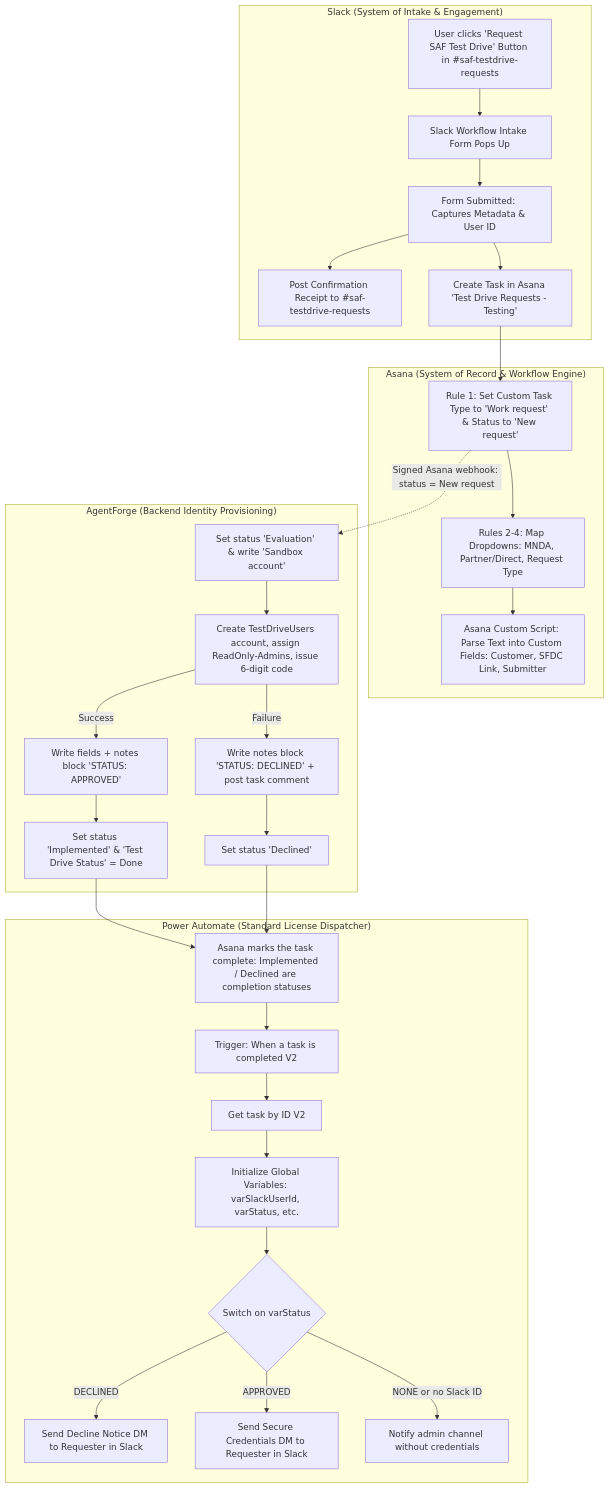
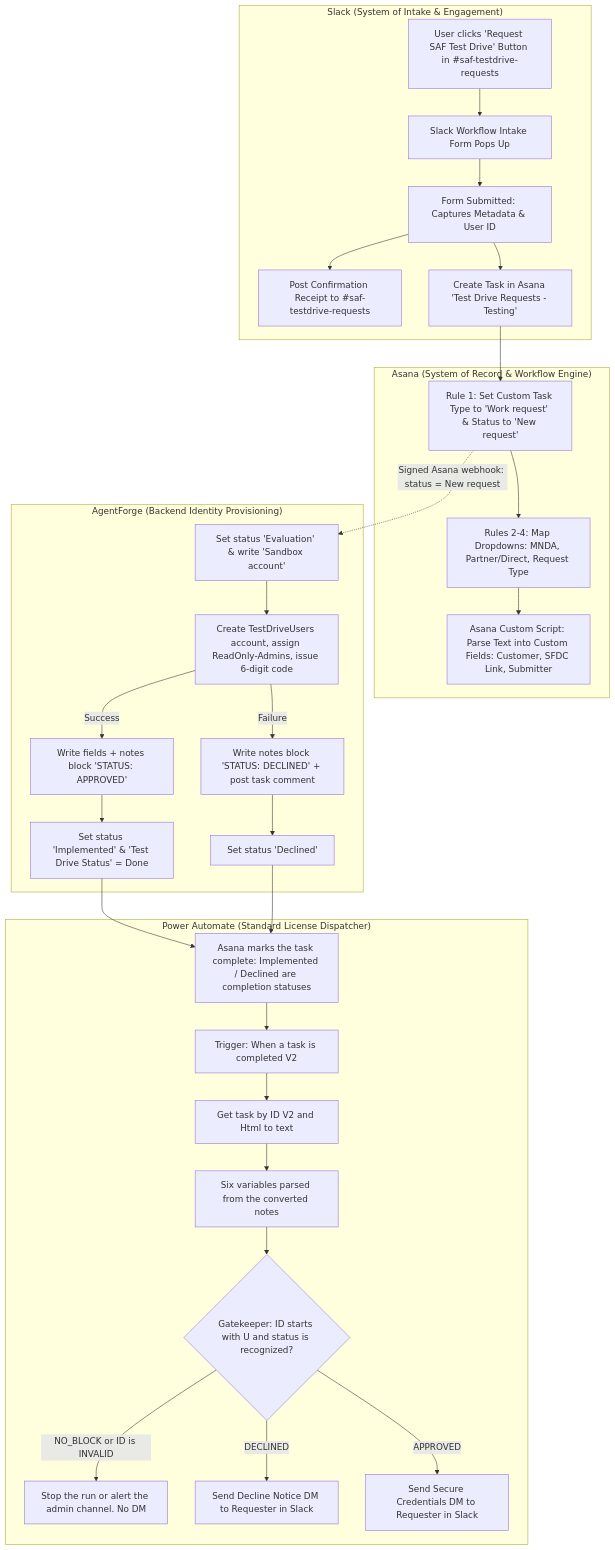
Before and after one commit to mo-malaka-sp/agent-forge: the first of 2 diagrams in SAF Test Drive Requests: Technical Architecture & System Specification.md, drawn with Mermaid. The commit also changed other lines of this file and 8 other files, not shown here.

````diff
--- a/SAF Test Drive Requests: Technical Architecture & System Specification.md
+++ b/SAF Test Drive Requests: Technical Architecture & System Specification.md
@@ -30,37 +31,37 @@
 ```mermaid
 flowchart TD
     subgraph Slack ["Slack (System of Intake & Engagement)"]
         A[User clicks 'Request SAF Test Drive' Button in #saf-testdrive-requests] --> B[Slack Workflow Intake Form Pops Up]
         B --> C[Form Submitted: Captures Metadata & User ID]
         C --> D[Post Confirmation Receipt to #saf-testdrive-requests]
         C --> E[Create Task in Asana 'Test Drive Requests - Testing']
     end
 
     subgraph Asana ["Asana (System of Record & Workflow Engine)"]
         E --> F[Rule 1: Set Custom Task Type to 'Work request' & Status to 'New request']
         F --> G[Rules 2-4: Map Dropdowns: MNDA, Partner/Direct, Request Type]
         G --> H[Asana Custom Script: Parse Text into Custom Fields: Customer, SFDC Link, Submitter]
     end
 
     subgraph AgentForge ["AgentForge (Backend Identity Provisioning)"]
         F -.->|Signed Asana webhook: status = New request| I[Set status 'Evaluation' & write 'Sandbox account']
         I --> I2[Create TestDriveUsers account, assign ReadOnly-Admins, issue 6-digit code]
         I2 -->|Success| J1[Write fields + notes block 'STATUS: APPROVED']
         I2 -->|Failure| J2[Write notes block 'STATUS: DECLINED' + post task comment]
         J1 --> K1[Set status 'Implemented' & 'Test Drive Status' = Done]
         J2 --> K2[Set status 'Declined']
     end
 
     K1 --> K[Asana marks the task complete: Implemented / Declined are completion statuses]
     K2 --> K
 
     subgraph PowerAutomate ["Power Automate (Standard License Dispatcher)"]
         K --> L[Trigger: When a task is completed V2]
-        L --> M[Get task by ID V2]
-        M --> N[Initialize Global Variables: varSlackUserId, varStatus, etc.]
-        N --> O{Switch on varStatus}
+        L --> M[Get task by ID V2 and Html to text]
+        M --> N[Six variables parsed from the converted notes]
+        N --> O{Gatekeeper: ID starts with U and status is recognized?}
+        O -->|NO_BLOCK or ID is INVALID| R[Stop the run or alert the admin channel. No DM]
         O -->|DECLINED| P[Send Decline Notice DM to Requester in Slack]
         O -->|APPROVED| Q[Send Secure Credentials DM to Requester in Slack]
-        O -->|NONE or no Slack ID| R[Notify admin channel without credentials]
     end
 ```
````
